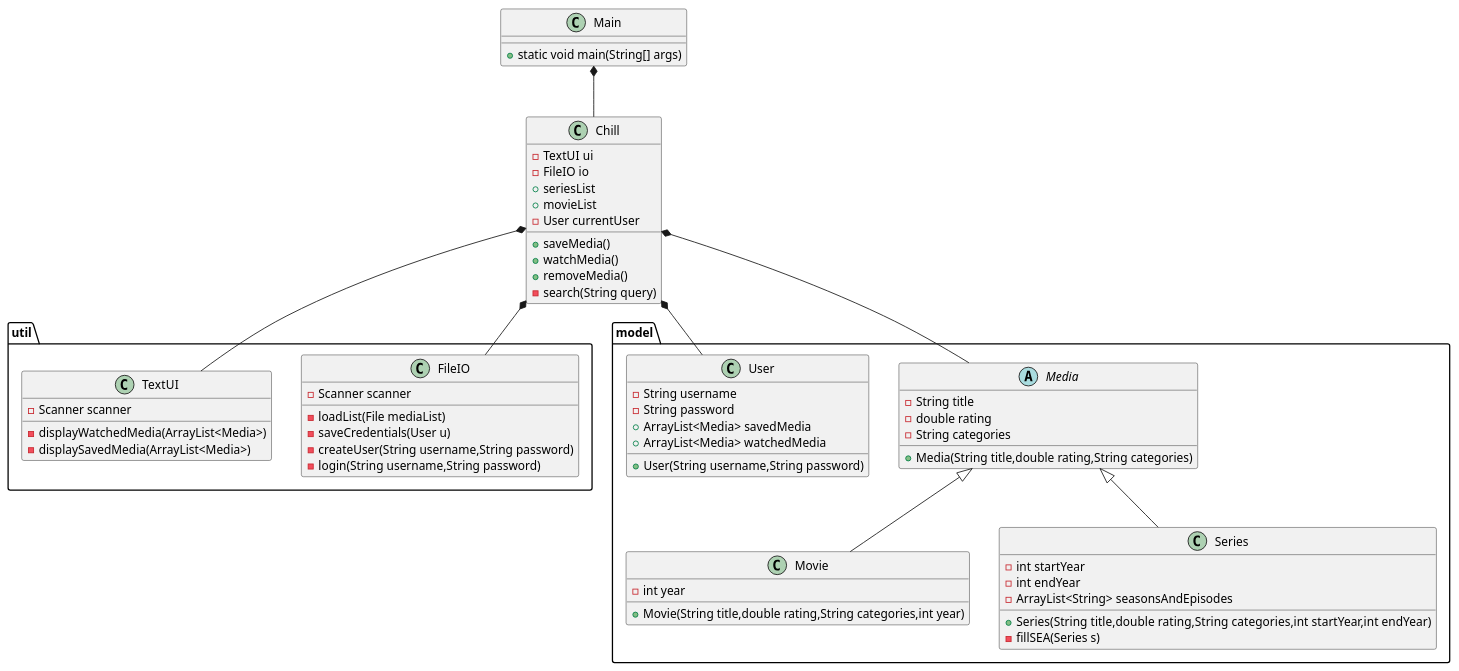
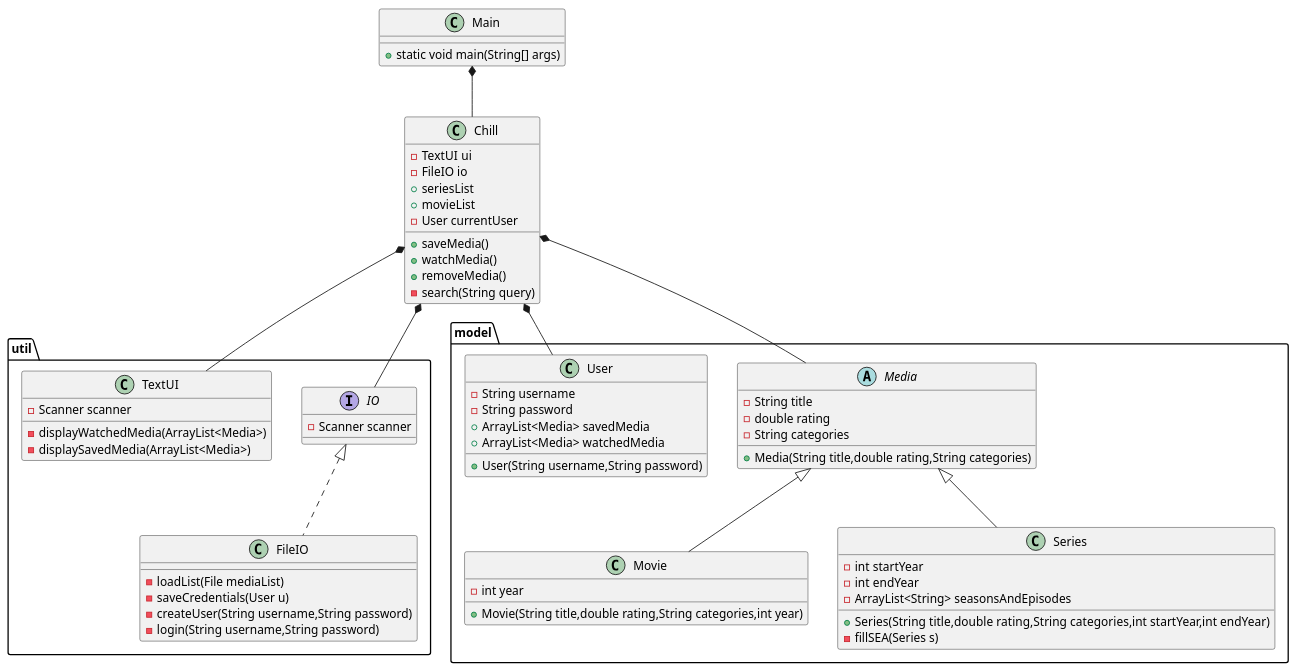
Before and after one commit to Magnewei/SP3: the diagram in doc/Class.puml, drawn with PlantUML.

Commit message:
Goddam crack math

```diff
--- a/doc/Class.puml
+++ b/doc/Class.puml
@@ -1,75 +1,77 @@
 @startuml
 'https://plantuml.com/class-diagram
 
 class Main{
     +static void main(String[] args)
 }
 
 class Chill{
     -TextUI ui
     -FileIO io
     +seriesList
     +movieList
     -User currentUser
     +saveMedia()
     +watchMedia()
     +removeMedia()
     -search(String query)
 }
 
 package "util"{
-    class FileIO{
+    Interface IO{
         -Scanner scanner
+    }
+
+    class FileIO implements IO{
         -loadList(File mediaList)
         -saveCredentials(User u)
         -createUser(String username,String password)
         -login(String username,String password)
     }
 
     class TextUI{
         -Scanner scanner
         -displayWatchedMedia(ArrayList<Media>)
         -displaySavedMedia(ArrayList<Media>)
 
     }
 }
 
 package "model"{
     abstract class Media{
         -String title
         -double rating
         -String categories
         +Media(String title,double rating,String categories)
     }
 
-    class Movie{
+    class Movie extends Media{
         -int year
         +Movie(String title,double rating,String categories,int year)
     }
 
-    class Series{
+    class Series extends Media{
         -int startYear
         -int endYear
         -ArrayList<String> seasonsAndEpisodes
         +Series(String title,double rating,String categories,int startYear,int endYear)
         -fillSEA(Series s)
     }
 
     class User{
         -String username
         -String password
         +ArrayList<Media> savedMedia
         +ArrayList<Media> watchedMedia
         +User(String username,String password)
     }
 }
 
 Main *-- Chill
 Chill *-- TextUI
-Chill *-- FileIO
 Chill *-- User
 Chill *-- Media
-Media <|-- Movie
-Media <|-- Series
+Chill *-- IO
+
 
 @enduml
```
